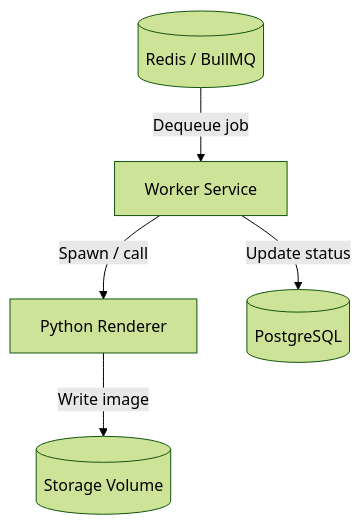
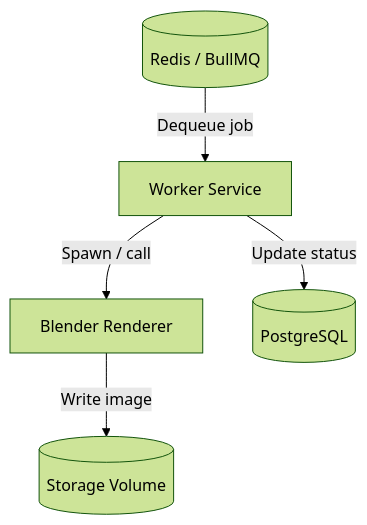
One commit to giovanizaghi/3d-room-platform changed the diagram in docs/architecture/03-worker.md. Above: the diagram before and after it, drawn with Mermaid (forest theme). The commit also changed other lines of this file and 27 other files, not shown here.

````diff
--- a/docs/architecture/03-worker.md
+++ b/docs/architecture/03-worker.md
@@ -21,13 +21,13 @@
 ```mermaid
 flowchart TD
     Queue[(Redis / BullMQ)]
     Worker[Worker Service]
-    Renderer[Python Renderer]
+    Renderer[Blender Renderer]
     Storage[(Storage Volume)]
     DB[(PostgreSQL)]
 
     Queue -->|Dequeue job| Worker
     Worker -->|Spawn / call| Renderer
     Renderer -->|Write image| Storage
     Worker -->|Update status| DB
 ```
````
